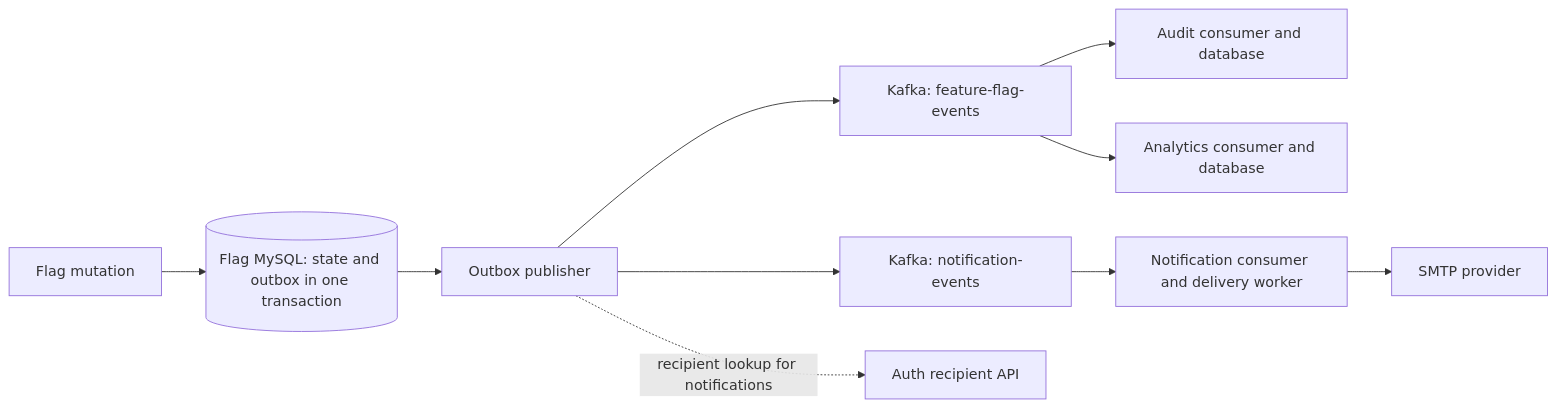
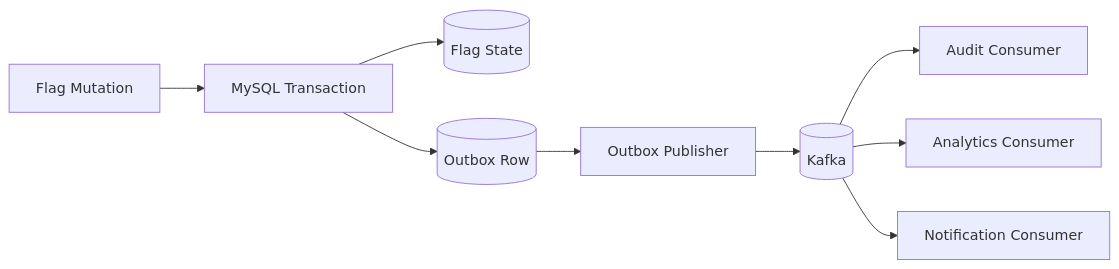
Before and after one commit to manishjangid1499-cell/featureflag: the third of 3 diagrams in README.md, drawn with Mermaid. The commit also changed other lines of this file and 9 other files, not shown here.

````diff
--- a/README.md
+++ b/README.md
@@ -99,12 +160,13 @@
 ```mermaid
 flowchart LR
-    Mutation[Flag mutation] --> Transaction[(Flag MySQL: state and outbox in one transaction)]
-    Transaction --> Publisher[Outbox publisher]
-    Publisher --> Lifecycle[Kafka: feature-flag-events]
-    Lifecycle --> Audit[Audit consumer and database]
-    Lifecycle --> Analytics[Analytics consumer and database]
-    Publisher --> Notifications[Kafka: notification-events]
-    Notifications --> Delivery[Notification consumer and delivery worker]
-    Delivery --> SMTP[SMTP provider]
-    Publisher -. recipient lookup for notifications .-> Auth[Auth recipient API]
+    Mutation[Flag Mutation] --> TX[MySQL Transaction]
+    TX --> State[(Flag State)]
+    TX --> Outbox[(Outbox Row)]
+
+    Outbox --> Publisher[Outbox Publisher]
+    Publisher --> Kafka[(Kafka)]
+
+    Kafka --> Audit[Audit Consumer]
+    Kafka --> Analytics[Analytics Consumer]
+    Kafka --> Notification[Notification Consumer]
 ```
````
